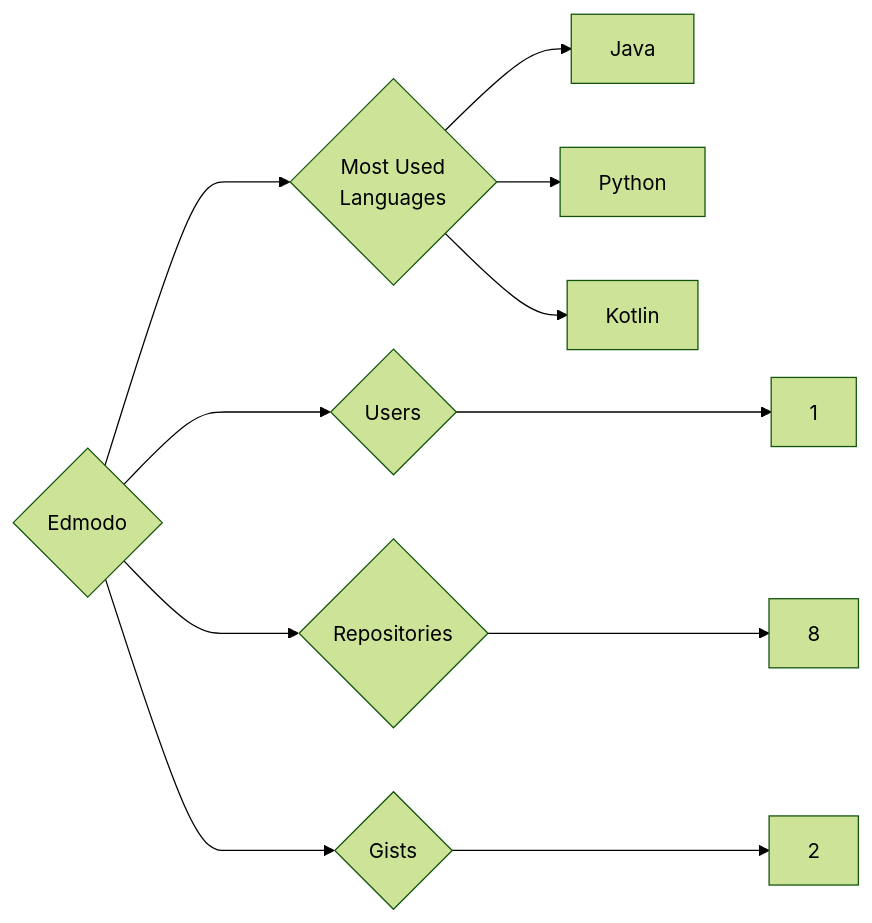
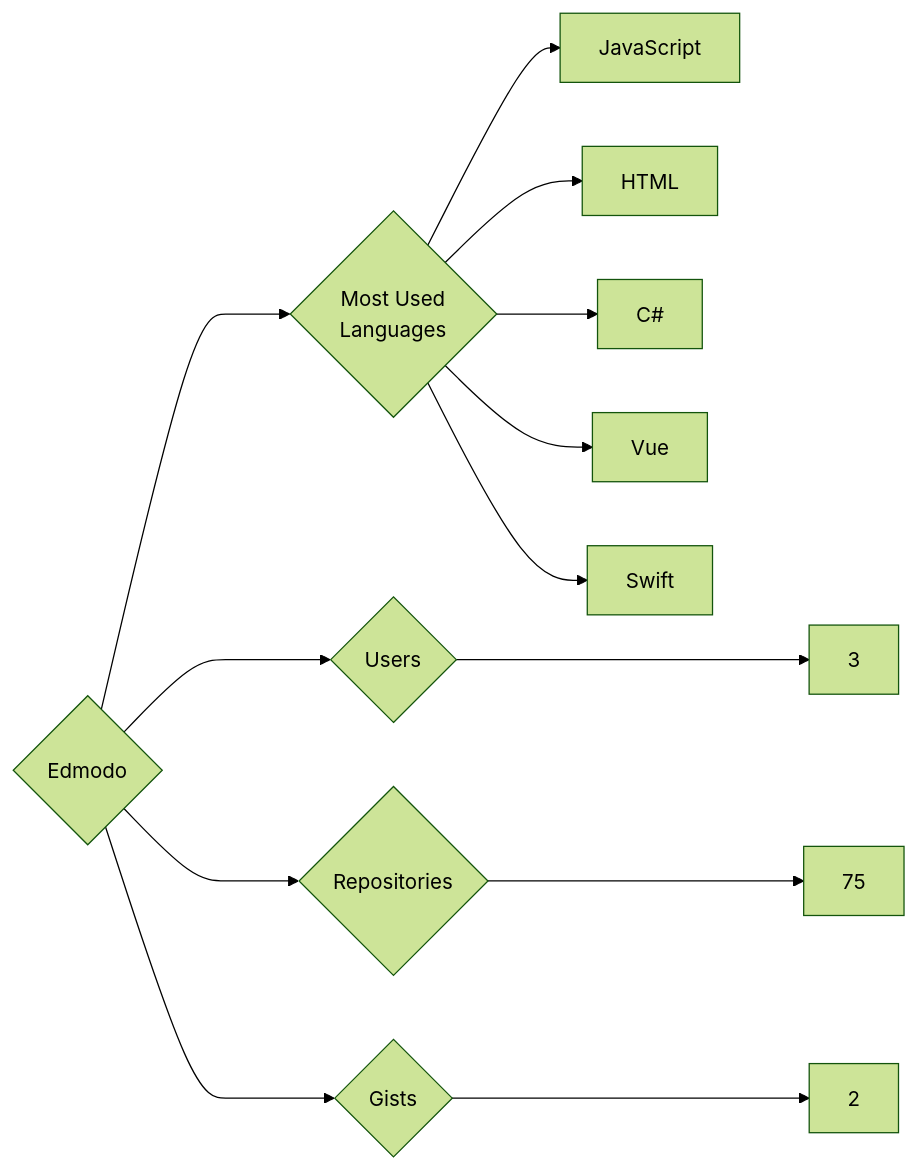
One commit to trickest/insiders changed the diagram in targets/Edmodo/README.md. Above: the diagram before and after it, drawn with Mermaid (forest theme). The commit also changed 840 other files, not shown here.

````diff
--- a/targets/Edmodo/README.md
+++ b/targets/Edmodo/README.md
@@ -3,11 +3,13 @@
 ```mermaid
 graph LR
 COMPANY_NAME{Edmodo}
-COMPANY_NAME ---> U{Users} ---> UN[1]
-COMPANY_NAME ---> R{Repositories} ---> RN[8]
+COMPANY_NAME ---> U{Users} ---> UN[3]
+COMPANY_NAME ---> R{Repositories} ---> RN[75]
 COMPANY_NAME ---> G{Gists} ---> GN[2]
 COMPANY_NAME ---> ML{Most Used<br>Languages}
-ML --> Java[Java]
-ML --> Python[Python]
-ML --> Kotlin[Kotlin]
+ML --> JavaScript[JavaScript]
+ML --> HTML[HTML]
+ML --> C#[C#]
+ML --> Vue[Vue]
+ML --> Swift[Swift]
 ```
````
